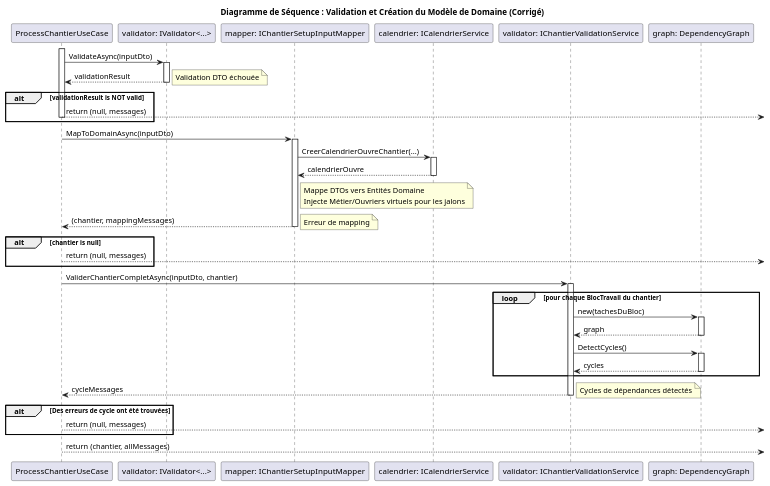
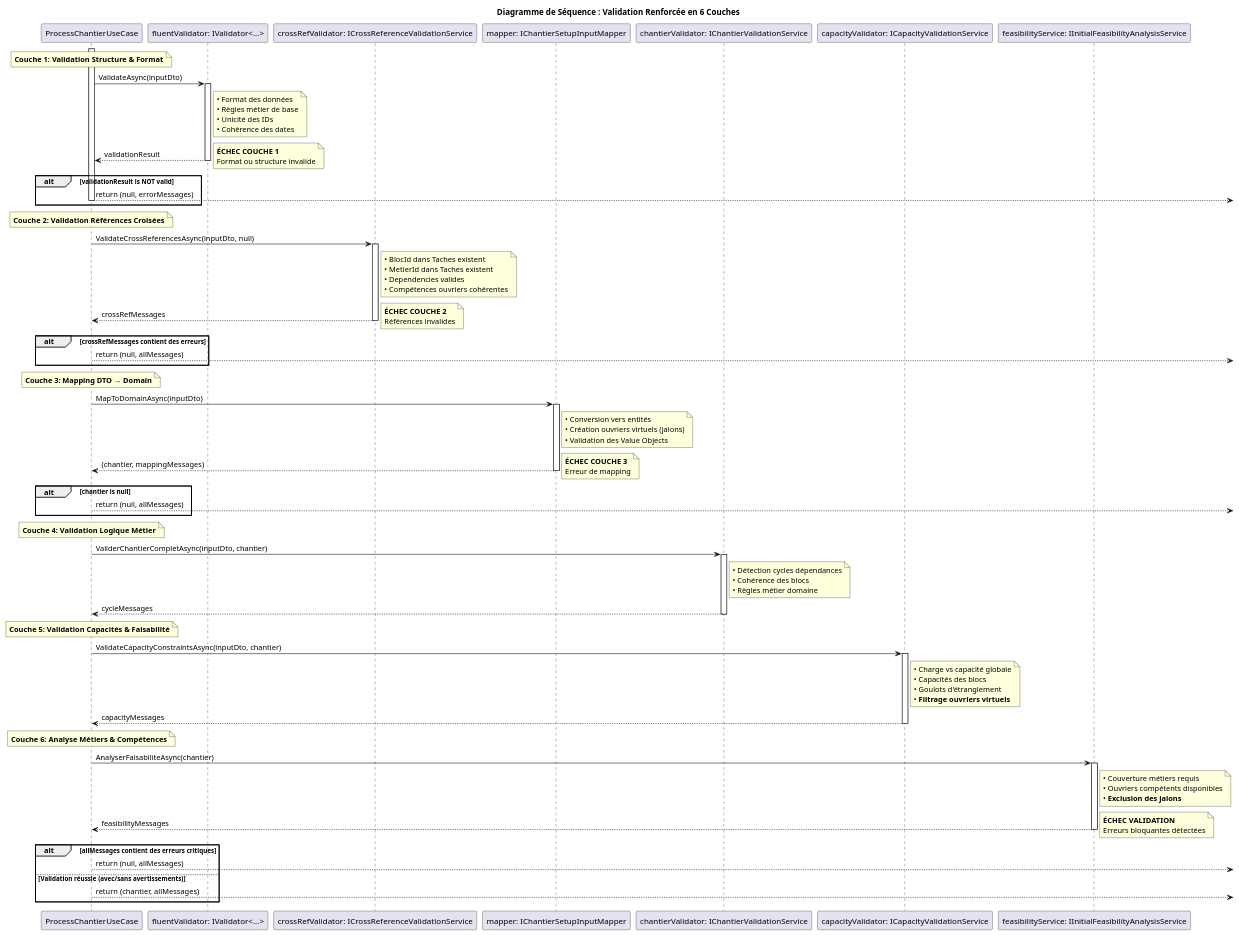
The diagram in Docs/Core/ValidationService_Seq.puml (edgardmaillot/PlanAthena), drawn with PlantUML before and after one commit. The commit also changed 46 other files, not shown here.

```diff
--- a/Docs/Core/ValidationService_Seq.puml
+++ b/Docs/Core/ValidationService_Seq.puml
@@ -1,64 +1,91 @@
 @startuml
-title Diagramme de Séquence : Validation et Création du Modèle de Domaine (Corrigé)
+title Diagramme de Séquence : Validation Renforcée en 6 Couches
 
 participant ProcessChantierUseCase as UseCase
-participant "validator: IValidator<...>" as FluentValidator
+participant "fluentValidator: IValidator<...>" as FluentValidator
+participant "crossRefValidator: ICrossReferenceValidationService" as CrossRefValidator
 participant "mapper: IChantierSetupInputMapper" as Mapper
-participant "calendrier: ICalendrierService" as CalendrierSvc
-participant "validator: IChantierValidationService" as DomainValidator
-participant "graph: DependencyGraph" as DepGraph
+participant "chantierValidator: IChantierValidationService" as ChantierValidator
+participant "capacityValidator: ICapacityValidationService" as CapacityValidator
+participant "feasibilityService: IInitialFeasibilityAnalysisService" as FeasibilityService
 
 activate UseCase
+
+' === COUCHE 1: FluentValidation ===
+note over UseCase : **Couche 1: Validation Structure & Format**
 UseCase -> FluentValidator : ValidateAsync(inputDto)
 activate FluentValidator
-' Note: FluentValidator effectue de nombreuses vérifications internes sur les DTOs
+note right of FluentValidator : • Format des données\n• Règles métier de base\n• Unicité des IDs\n• Cohérence des dates
 FluentValidator --> UseCase : validationResult
 deactivate FluentValidator
 
 alt validationResult is NOT valid
-    note right: Validation DTO échouée
-    UseCase -->: return (null, messages)
+    note right: **ÉCHEC COUCHE 1**\nFormat ou structure invalide
+    UseCase --> : return (null, errorMessages)
     deactivate UseCase
 end
 
+' === COUCHE 2: Références Croisées ===
+note over UseCase : **Couche 2: Validation Références Croisées**
+UseCase -> CrossRefValidator : ValidateCrossReferencesAsync(inputDto, null)
+activate CrossRefValidator
+note right of CrossRefValidator : • BlocId dans Taches existent\n• MetierId dans Taches existent\n• Dependencies valides\n• Compétences ouvriers cohérentes
+CrossRefValidator --> UseCase : crossRefMessages
+deactivate CrossRefValidator
+
+alt crossRefMessages contient des erreurs
+    note right: **ÉCHEC COUCHE 2**\nRéférences invalides
+    UseCase --> : return (null, allMessages)
+    deactivate UseCase
+end
+
+' === COUCHE 3: Mapping ===
+note over UseCase : **Couche 3: Mapping DTO → Domain**
 UseCase -> Mapper : MapToDomainAsync(inputDto)
 activate Mapper
-Mapper -> CalendrierSvc : CreerCalendrierOuvreChantier(...)
-activate CalendrierSvc
-CalendrierSvc --> Mapper : calendrierOuvre
-deactivate CalendrierSvc
-note right of Mapper : Mappe DTOs vers Entités Domaine\nInjecte Métier/Ouvriers virtuels pour les jalons
+note right of Mapper : • Conversion vers entités\n• Création ouvriers virtuels (jalons)\n• Validation des Value Objects
 Mapper --> UseCase : (chantier, mappingMessages)
 deactivate Mapper
 
 alt chantier is null
-    note right: Erreur de mapping
-    UseCase -->: return (null, messages)
+    note right: **ÉCHEC COUCHE 3**\nErreur de mapping
+    UseCase --> : return (null, allMessages)
     deactivate UseCase
 end
 
-UseCase -> DomainValidator : ValiderChantierCompletAsync(inputDto, chantier)
-activate DomainValidator
-loop pour chaque BlocTravail du chantier
-    DomainValidator -> DepGraph : new(tachesDuBloc)
-    activate DepGraph
-    DepGraph --> DomainValidator : graph
-    deactivate DepGraph
+' === COUCHE 4: Cycles de Dépendances ===
+note over UseCase : **Couche 4: Validation Logique Métier**
+UseCase -> ChantierValidator : ValiderChantierCompletAsync(inputDto, chantier)
+activate ChantierValidator
+note right of ChantierValidator : • Détection cycles dépendances\n• Cohérence des blocs\n• Règles métier domaine
+ChantierValidator --> UseCase : cycleMessages
+deactivate ChantierValidator
 
-    DomainValidator -> DepGraph : DetectCycles()
-    activate DepGraph
-    DepGraph --> DomainValidator : cycles
-    deactivate DepGraph
-end
-DomainValidator --> UseCase : cycleMessages
-deactivate DomainValidator
+' === COUCHE 5: Capacités et Ressources ===
+note over UseCase : **Couche 5: Validation Capacités & Faisabilité**
+UseCase -> CapacityValidator : ValidateCapacityConstraintsAsync(inputDto, chantier)
+activate CapacityValidator
+note right of CapacityValidator : • Charge vs capacité globale\n• Capacités des blocs\n• Goulots d'étranglement\n• **Filtrage ouvriers virtuels**
+CapacityValidator --> UseCase : capacityMessages
+deactivate CapacityValidator
 
-alt Des erreurs de cycle ont été trouvées
-    note right: Cycles de dépendances détectés
-    UseCase -->: return (null, messages)
+' === COUCHE 6: Analyse de Faisabilité Initiale ===
+note over UseCase : **Couche 6: Analyse Métiers & Compétences**
+UseCase -> FeasibilityService : AnalyserFaisabiliteAsync(chantier)
+activate FeasibilityService
+note right of FeasibilityService : • Couverture métiers requis\n• Ouvriers compétents disponibles\n• **Exclusion des jalons**
+FeasibilityService --> UseCase : feasibilityMessages
+deactivate FeasibilityService
+
+' === RÉSULTAT FINAL ===
+alt allMessages contient des erreurs critiques
+    note right: **ÉCHEC VALIDATION**\nErreurs bloquantes détectées
+    UseCase --> : return (null, allMessages)
+    deactivate UseCase
+else Validation réussie (avec/sans avertissements)
+    note right: **SUCCÈS VALIDATION**\nPrêt pour OR-Tools
+    UseCase --> : return (chantier, allMessages)
     deactivate UseCase
 end
 
-UseCase --> : return (chantier, allMessages)
-deactivate UseCase
 @enduml
```
